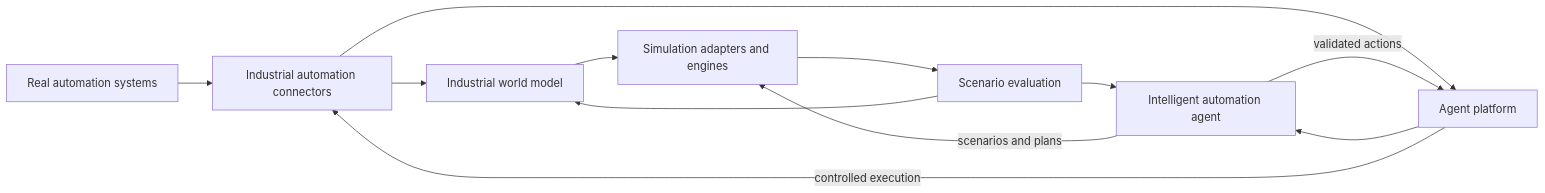
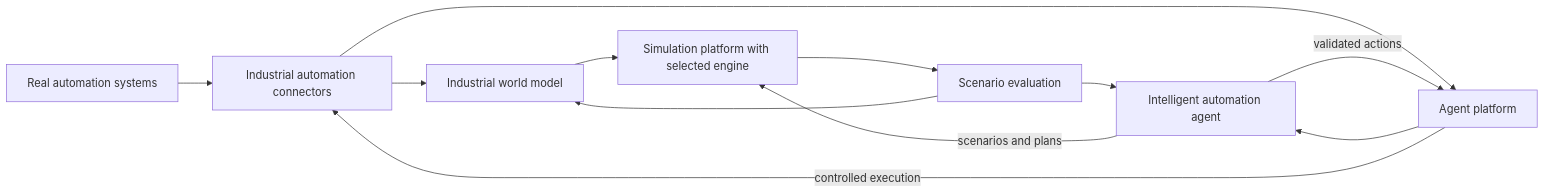
Before and after one commit to simulator-bot/.github: the diagram in README.md, drawn with Mermaid. The commit also changed other lines of this file and 1 other file, not shown here.

Commit message:
Rename simulation project to platform

````diff
--- a/README.md
+++ b/README.md
@@ -19,14 +19,14 @@
 ```mermaid
 flowchart LR
     R[Real automation systems] --> C[Industrial automation connectors]
     C --> W[Industrial world model]
     C --> P[Agent platform]
     P --> A[Intelligent automation agent]
-    W --> S[Simulation adapters and engines]
+    W --> S[Simulation platform with selected engine]
     A -->|scenarios and plans| S
     S --> E[Scenario evaluation]
     E --> A
     E --> W
     A -->|validated actions| P
     P -->|controlled execution| C
 ```
````
